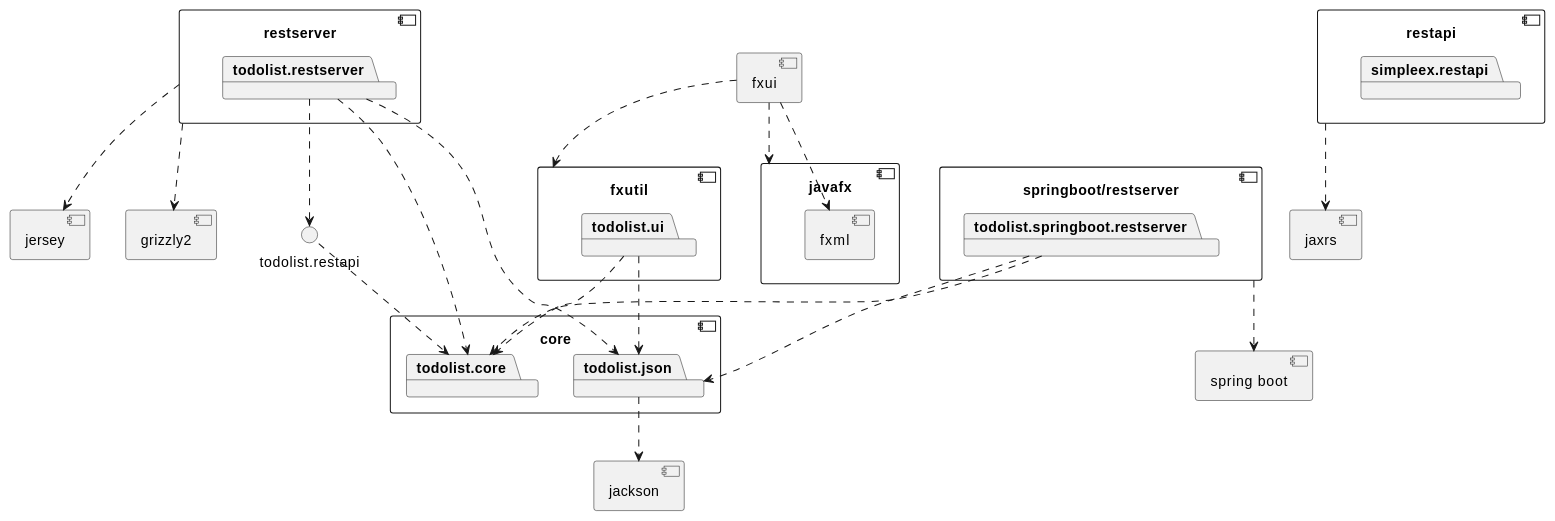
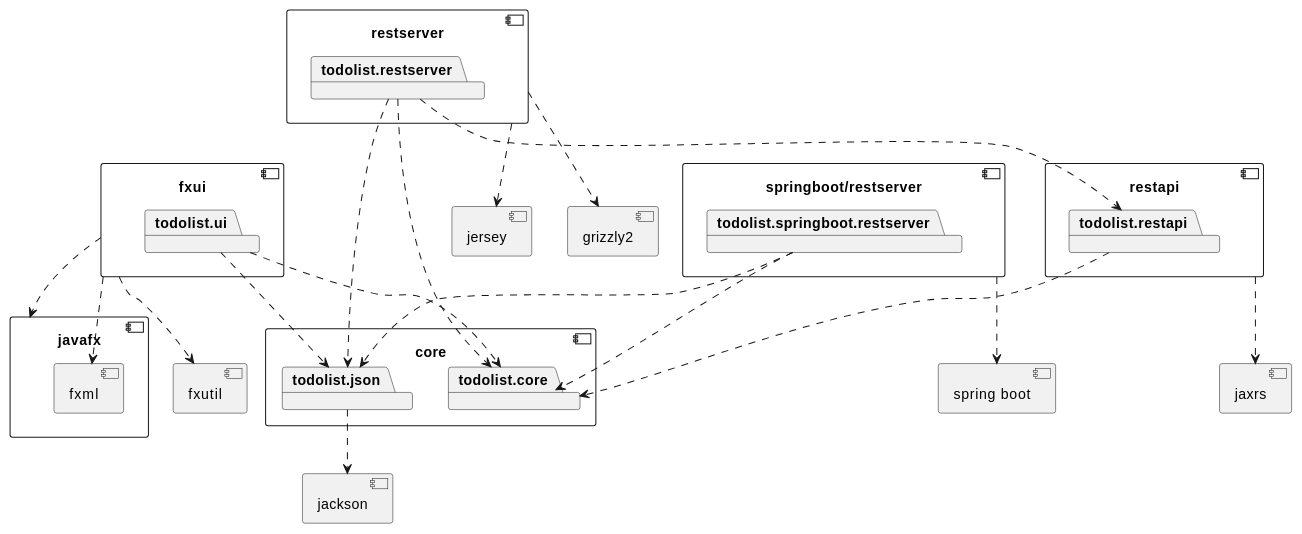
The diagram in todolist/asciidocs/docs/README.adoc (karosj/IT1901-project), drawn with PlantUML before and after one commit. The commit also changed other lines of this file and 6 other files, not shown here.

Commit message:
Fikset støtte for plantuml og opprettet (tomme) delkapitler.

```diff
--- a/todolist/asciidocs/docs/README.adoc
+++ b/todolist/asciidocs/docs/README.adoc
@@ -13,73 +31,72 @@
 [plantuml]
 ....
 component core {
 	package todolist.core
 	package todolist.json
 }
 
 component jackson {
 }
 
 todolist.json ..> jackson
 
 component fxutil {
-	package todolist.ui
 }
 
 component fxui {
 	package todolist.ui
 }
 
 
 todolist.ui ..> todolist.core
 todolist.ui ..> todolist.json
 
 component javafx {
 	component fxml {
 	}
 }
 
 fxui ..> javafx
 fxui ..> fxml
 fxui ..> fxutil
 
 component restapi {
-	package simpleex.restapi
+	package todolist.restapi
 }
 
 todolist.restapi ..> todolist.core
 
 component jaxrs {
 }
 
 restapi ..> jaxrs
 
 component restserver {
 	package todolist.restserver
 }
 
 todolist.restserver ..> todolist.core
 todolist.restserver ..> todolist.json
 todolist.restserver ..> todolist.restapi
 
 component jersey {
 }
 
 component grizzly2 {
 }
 
 restserver ..> jersey
 restserver ..> grizzly2
 
 component "springboot/restserver" as springboot.restserver {
 	package todolist.springboot.restserver
 }
 
 todolist.springboot.restserver ..> todolist.core
 todolist.springboot.restserver ..> todolist.json
 
 component "spring boot" as springboot {
 }
 
 springboot.restserver ..> springboot
 ....
```
